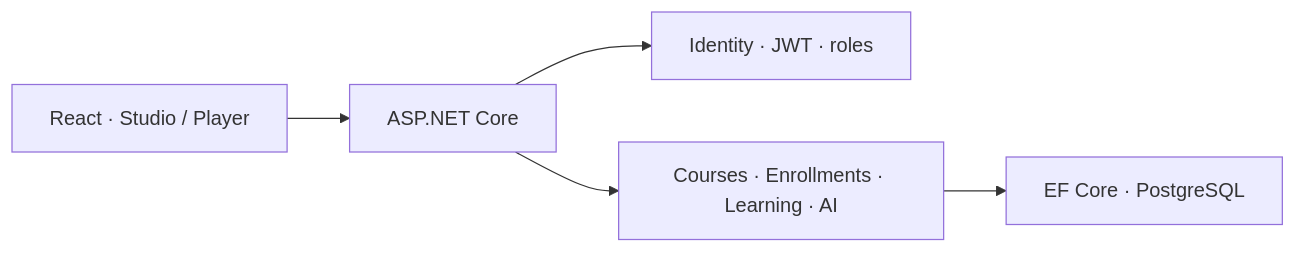
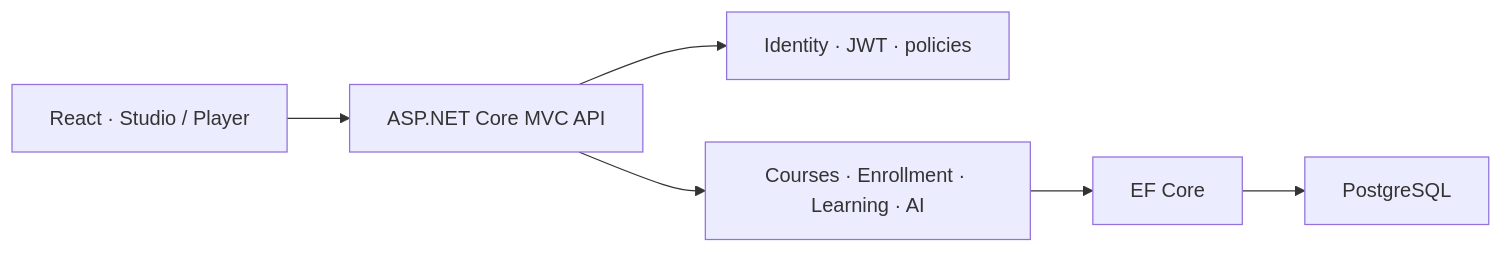
One commit to Johan-Alvarez-Dev/diwylearn-case-study changed the diagram in README.md. Above: the diagram before and after it, drawn with Mermaid. The commit also changed other lines of this file and 13 other files, not shown here.

````diff
--- a/README.md
+++ b/README.md
@@ -31,7 +33,8 @@
 ```mermaid
 flowchart LR
-  UI["React · Studio / Player"] --> API["ASP.NET Core"]
-  API --> Auth["Identity · JWT · roles"]
-  API --> Features["Courses · Enrollments · Learning · AI"]
-  Features --> DB["EF Core · PostgreSQL"]
+  UI["React · Studio / Player"] --> API["ASP.NET Core MVC API"]
+  API --> Auth["Identity · JWT · policies"]
+  API --> Features["Courses · Enrollment · Learning · AI"]
+  Features --> EF["EF Core"]
+  EF --> DB["PostgreSQL"]
 ```
````
